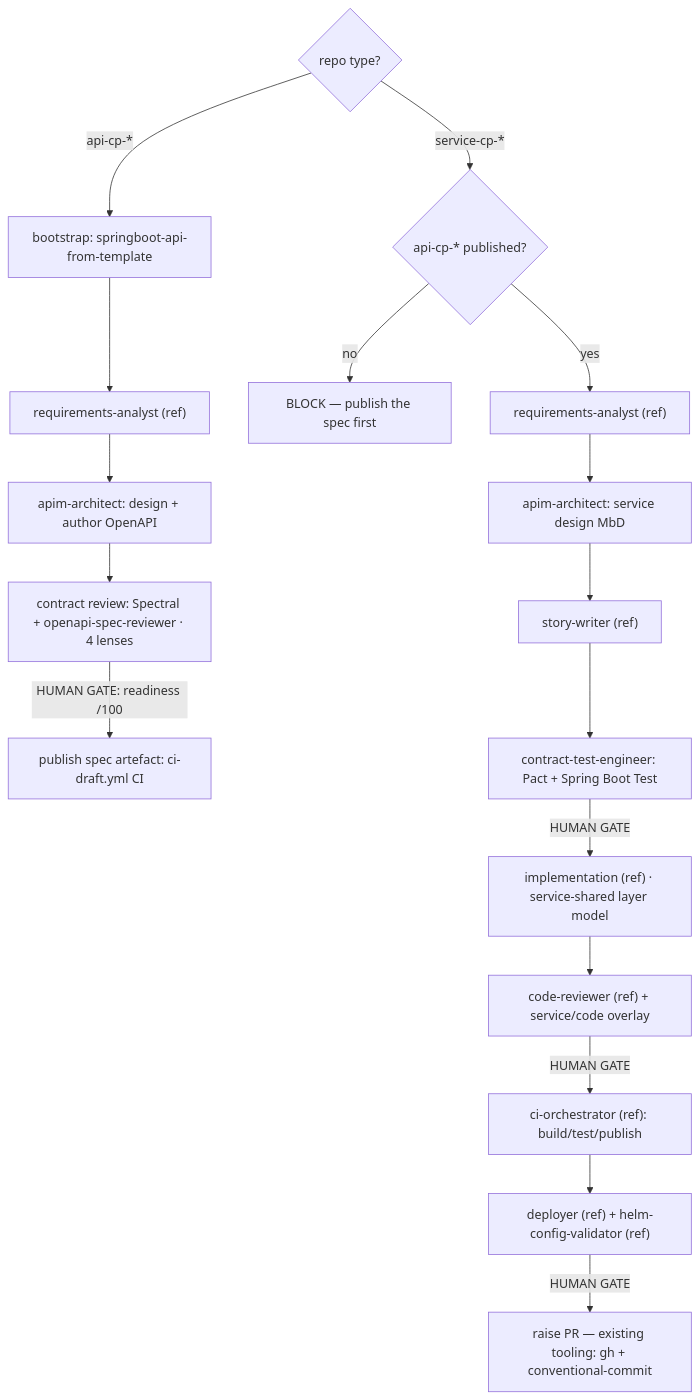
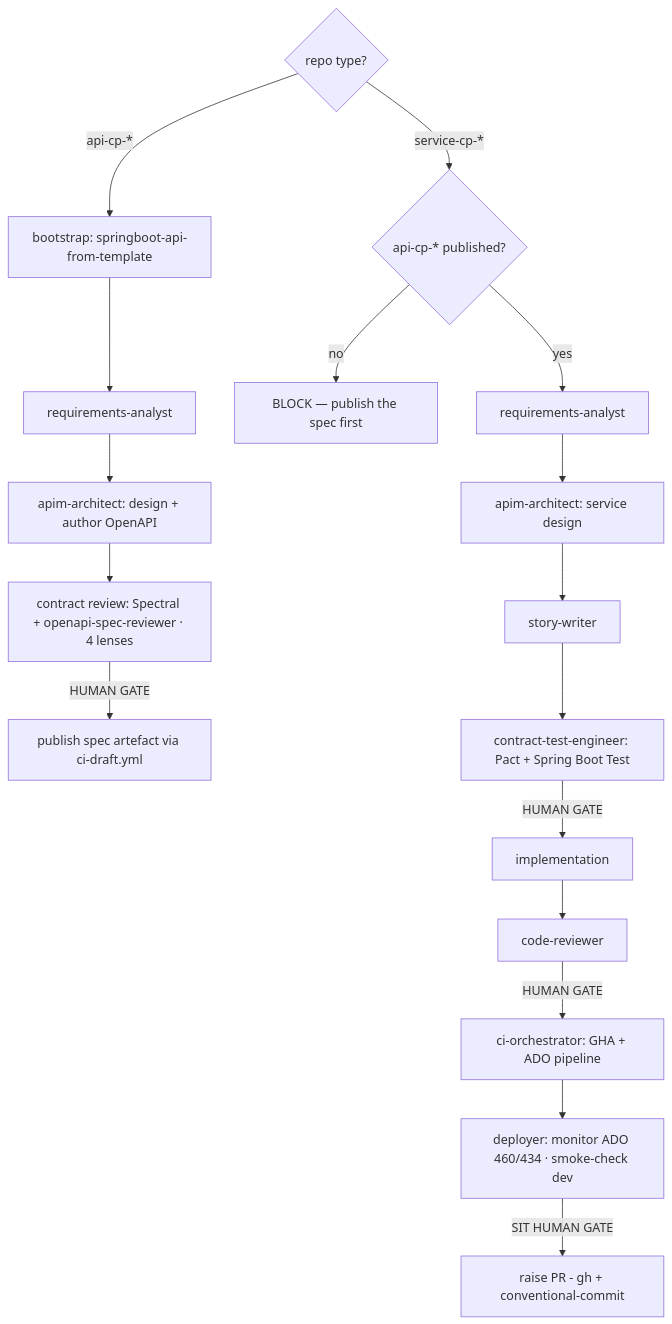
One commit to hmcts/agentic-plugins-marketplace changed the diagram in docs/hmcts-apim-orchestrator-design.md. Above: the diagram before and after it, drawn with Mermaid. The commit also changed other lines of this file and 1 other file, not shown here.

First line of the commit message:
AMP-569: update design and Jira docs to reflect self-contained plugin

````diff
--- a/docs/hmcts-apim-orchestrator-design.md
+++ b/docs/hmcts-apim-orchestrator-design.md
@@ -125,18 +154,18 @@
 ```mermaid
 flowchart TD
   D{repo type?}
   D -->|api-cp-*| A0[bootstrap: springboot-api-from-template]
-  A0 --> A1["requirements-analyst (ref)"] --> A2[apim-architect: design + author OpenAPI]
+  A0 --> A1[requirements-analyst] --> A2[apim-architect: design + author OpenAPI]
   A2 --> A3[contract review: Spectral + openapi-spec-reviewer · 4 lenses]
-  A3 -->|HUMAN GATE: readiness /100| A4[publish spec artefact: ci-draft.yml CI]
+  A3 -->|HUMAN GATE| A4[publish spec artefact via ci-draft.yml]
 
   D -->|service-cp-*| S0{api-cp-* published?}
   S0 -->|no| STOP[BLOCK — publish the spec first]
-  S0 -->|yes| S1["requirements-analyst (ref)"] --> S2[apim-architect: service design MbD]
-  S2 --> S3["story-writer (ref)"] --> S4[contract-test-engineer: Pact + Spring Boot Test]
-  S4 -->|HUMAN GATE| S5["implementation (ref) · service-shared layer model"]
-  S5 --> S6["code-reviewer (ref) + service/code overlay"]
-  S6 -->|HUMAN GATE| S7["ci-orchestrator (ref): build/test/publish"]
-  S7 --> S8["deployer (ref) + helm-config-validator (ref)"]
-  S8 -->|HUMAN GATE| S9[raise PR — existing tooling: gh + conventional-commit]
+  S0 -->|yes| S1[requirements-analyst] --> S2[apim-architect: service design]
+  S2 --> S3[story-writer] --> S4[contract-test-engineer: Pact + Spring Boot Test]
+  S4 -->|HUMAN GATE| S5[implementation]
+  S5 --> S6[code-reviewer]
+  S6 -->|HUMAN GATE| S7[ci-orchestrator: GHA + ADO pipeline]
+  S7 --> S8[deployer: monitor ADO 460/434 · smoke-check dev]
+  S8 -->|SIT HUMAN GATE| S9["raise PR - gh + conventional-commit"]
 ```
````
